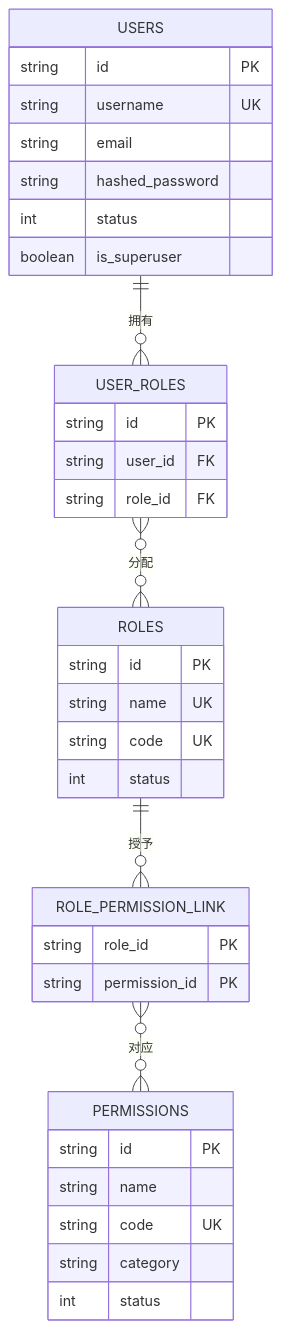
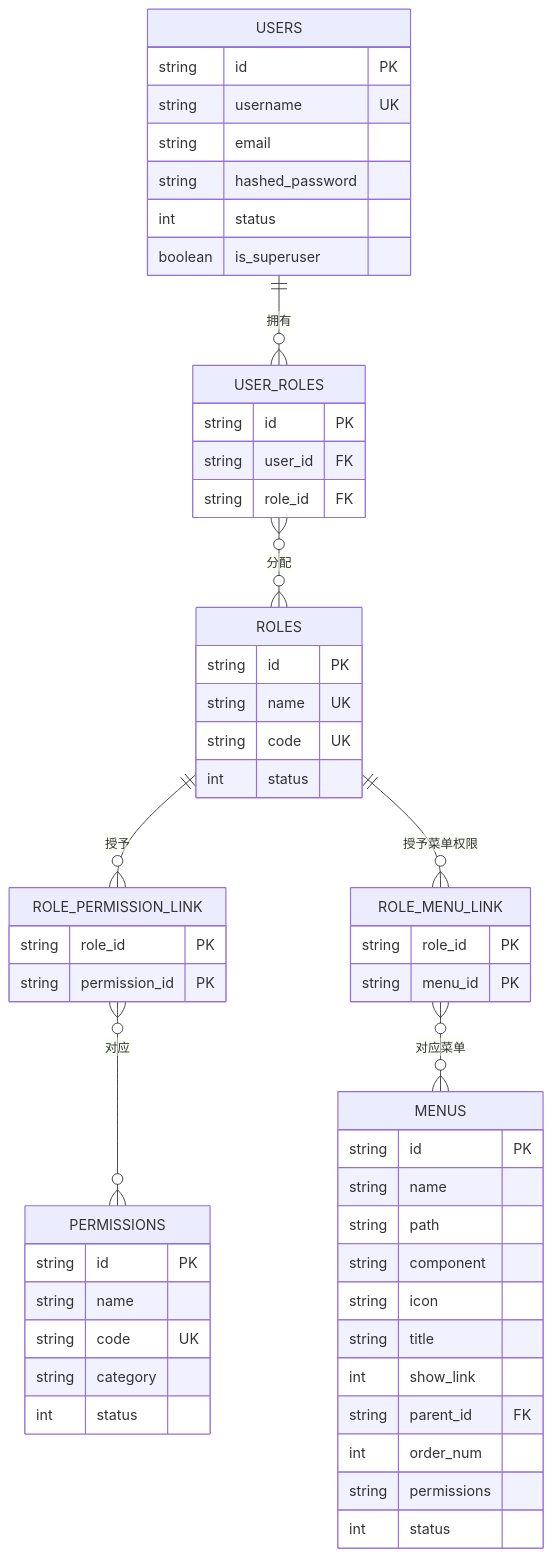
One commit to taoweidong/Hello-FastApi changed the fifth of 6 diagrams in .qoder/repowiki/zh/content/API 接口文档/RBAC 权限管理接口.md. Above: the diagram before and after it, drawn with Mermaid. The commit also changed other lines of this file and 9 other files, not shown here.

````diff
--- a/.qoder/repowiki/zh/content/API 接口文档/RBAC 权限管理接口.md
+++ b/.qoder/repowiki/zh/content/API 接口文档/RBAC 权限管理接口.md
@@ -323,37 +375,56 @@
 ```mermaid
 erDiagram
 USERS {
 string id PK
 string username UK
 string email
 string hashed_password
 int status
 boolean is_superuser
 }
 ROLES {
 string id PK
 string name UK
 string code UK
 int status
 }
 PERMISSIONS {
 string id PK
 string name
 string code UK
 string category
 int status
 }
+MENUS {
+string id PK
+string name
+string path
+string component
+string icon
+string title
+int show_link
+string parent_id FK
+int order_num
+string permissions
+int status
+}
 ROLE_PERMISSION_LINK {
 string role_id PK
 string permission_id PK
+}
+ROLE_MENU_LINK {
+string role_id PK
+string menu_id PK
 }
 USER_ROLES {
 string id PK
 string user_id FK
 string role_id FK
 }
 USERS ||--o{ USER_ROLES : "拥有"
 USER_ROLES }o--o{ ROLES : "分配"
 ROLES ||--o{ ROLE_PERMISSION_LINK : "授予"
 ROLE_PERMISSION_LINK }o--o{ PERMISSIONS : "对应"
+ROLES ||--o{ ROLE_MENU_LINK : "授予菜单权限"
+ROLE_MENU_LINK }o--o{ MENUS : "对应菜单"
 ```
````
